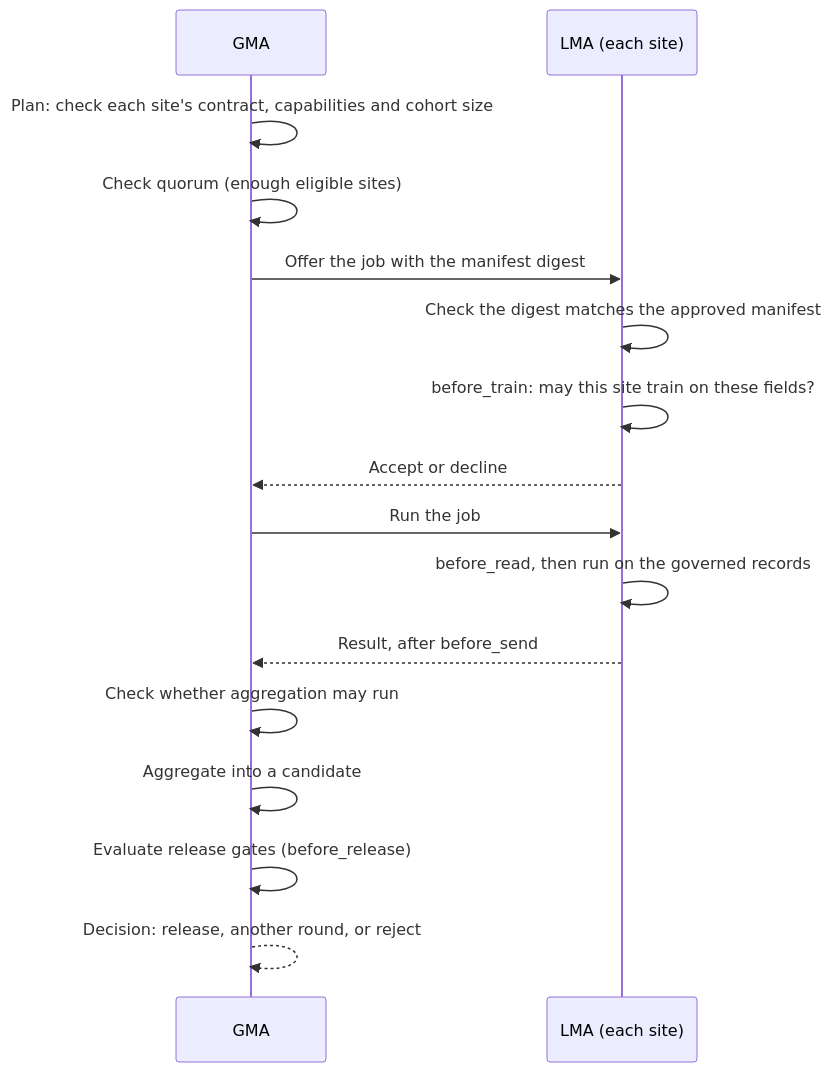
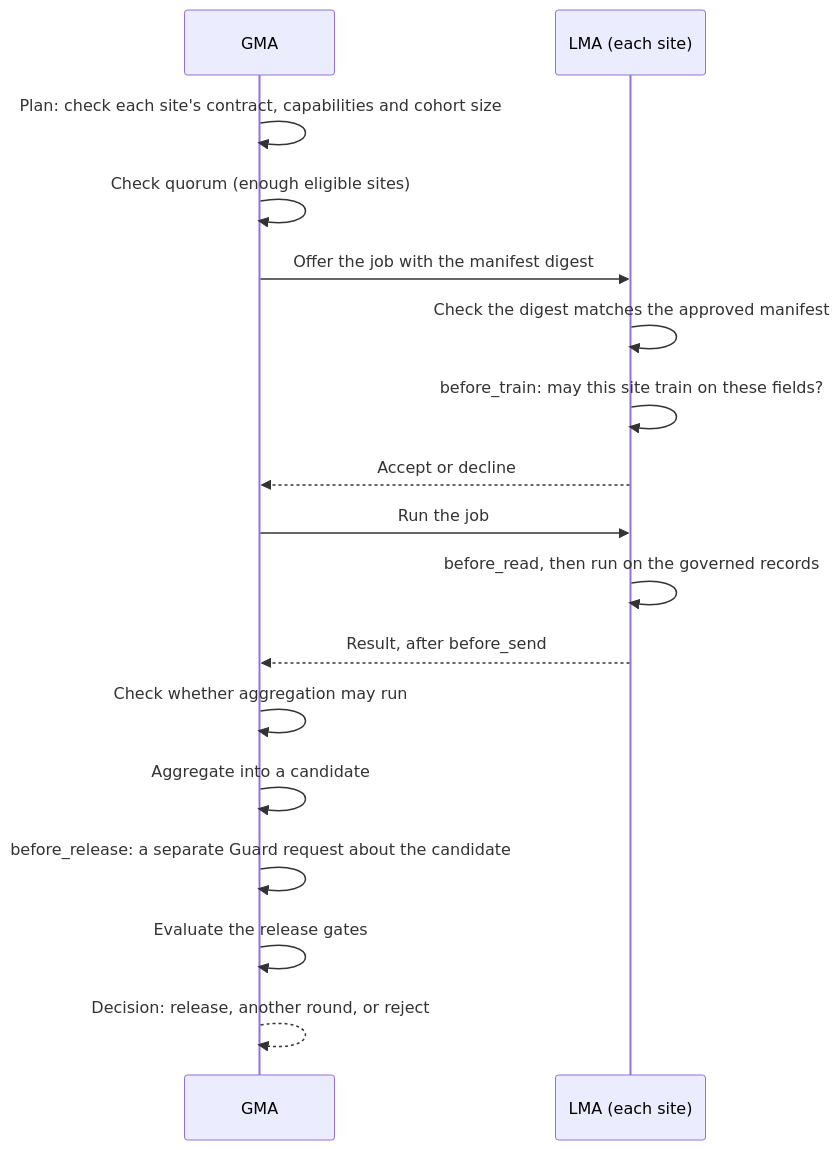
The fourth of 5 diagrams in docs/learn/03-architecture.md (pradyunuydarp/Dagents), drawn with Mermaid before and after one commit. The commit also changed other lines of this file and 166 other files, not shown here.

````diff
--- a/docs/learn/03-architecture.md
+++ b/docs/learn/03-architecture.md
@@ -111,18 +111,19 @@
 ```mermaid
 sequenceDiagram
     participant G as GMA
     participant L as LMA (each site)
     G->>G: Plan: check each site's contract, capabilities and cohort size
     G->>G: Check quorum (enough eligible sites)
     G->>L: Offer the job with the manifest digest
     L->>L: Check the digest matches the approved manifest
     L->>L: before_train: may this site train on these fields?
     L-->>G: Accept or decline
     G->>L: Run the job
     L->>L: before_read, then run on the governed records
     L-->>G: Result, after before_send
     G->>G: Check whether aggregation may run
     G->>G: Aggregate into a candidate
-    G->>G: Evaluate release gates (before_release)
+    G->>G: before_release: a separate Guard request about the candidate
+    G->>G: Evaluate the release gates
     G-->>G: Decision: release, another round, or reject
 ```
````
